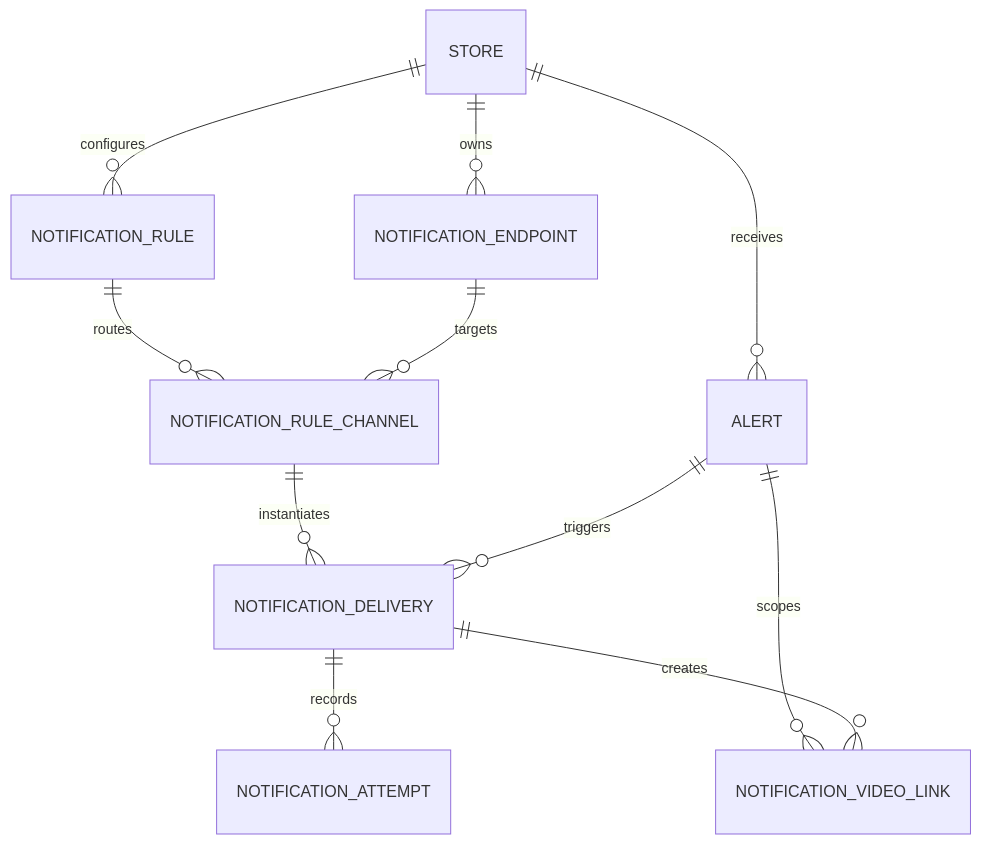
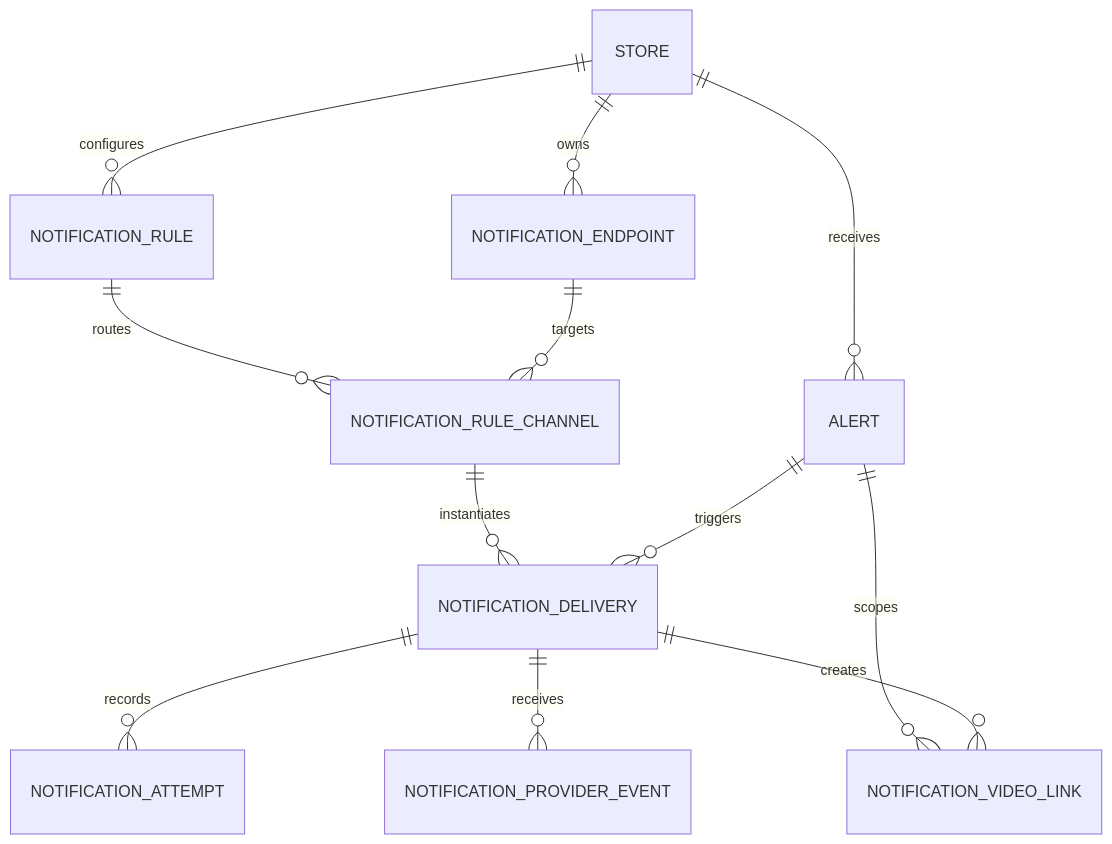
One commit to qthinhbk/Liquor-store changed the third of 3 diagrams in docs/notification-design.md. Above: the diagram before and after it, drawn with Mermaid. The commit also changed other lines of this file and 37 other files, not shown here.

Commit message:
Complete emergency notification production flow

````diff
--- a/docs/notification-design.md
+++ b/docs/notification-design.md
@@ -154,13 +155,14 @@
 ```mermaid
 erDiagram
   STORE ||--o{ ALERT : receives
   STORE ||--o{ NOTIFICATION_ENDPOINT : owns
   STORE ||--o{ NOTIFICATION_RULE : configures
   NOTIFICATION_RULE ||--o{ NOTIFICATION_RULE_CHANNEL : routes
   NOTIFICATION_ENDPOINT ||--o{ NOTIFICATION_RULE_CHANNEL : targets
   NOTIFICATION_RULE_CHANNEL ||--o{ NOTIFICATION_DELIVERY : instantiates
   ALERT ||--o{ NOTIFICATION_DELIVERY : triggers
   NOTIFICATION_DELIVERY ||--o{ NOTIFICATION_ATTEMPT : records
+  NOTIFICATION_DELIVERY ||--o{ NOTIFICATION_PROVIDER_EVENT : receives
   ALERT ||--o{ NOTIFICATION_VIDEO_LINK : scopes
   NOTIFICATION_DELIVERY ||--o{ NOTIFICATION_VIDEO_LINK : creates
 ```
````
